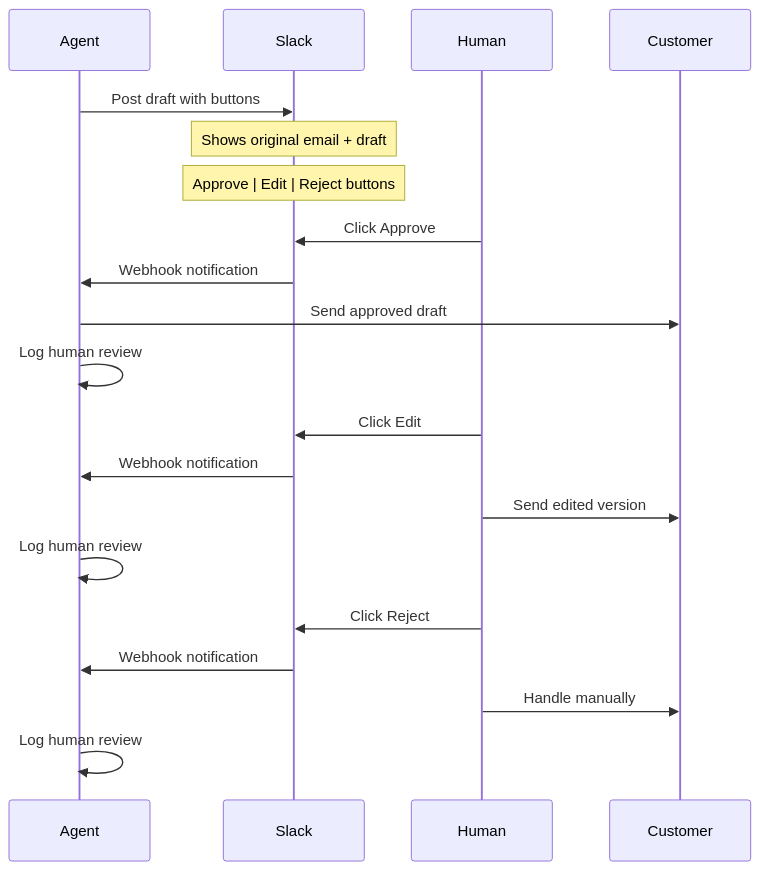
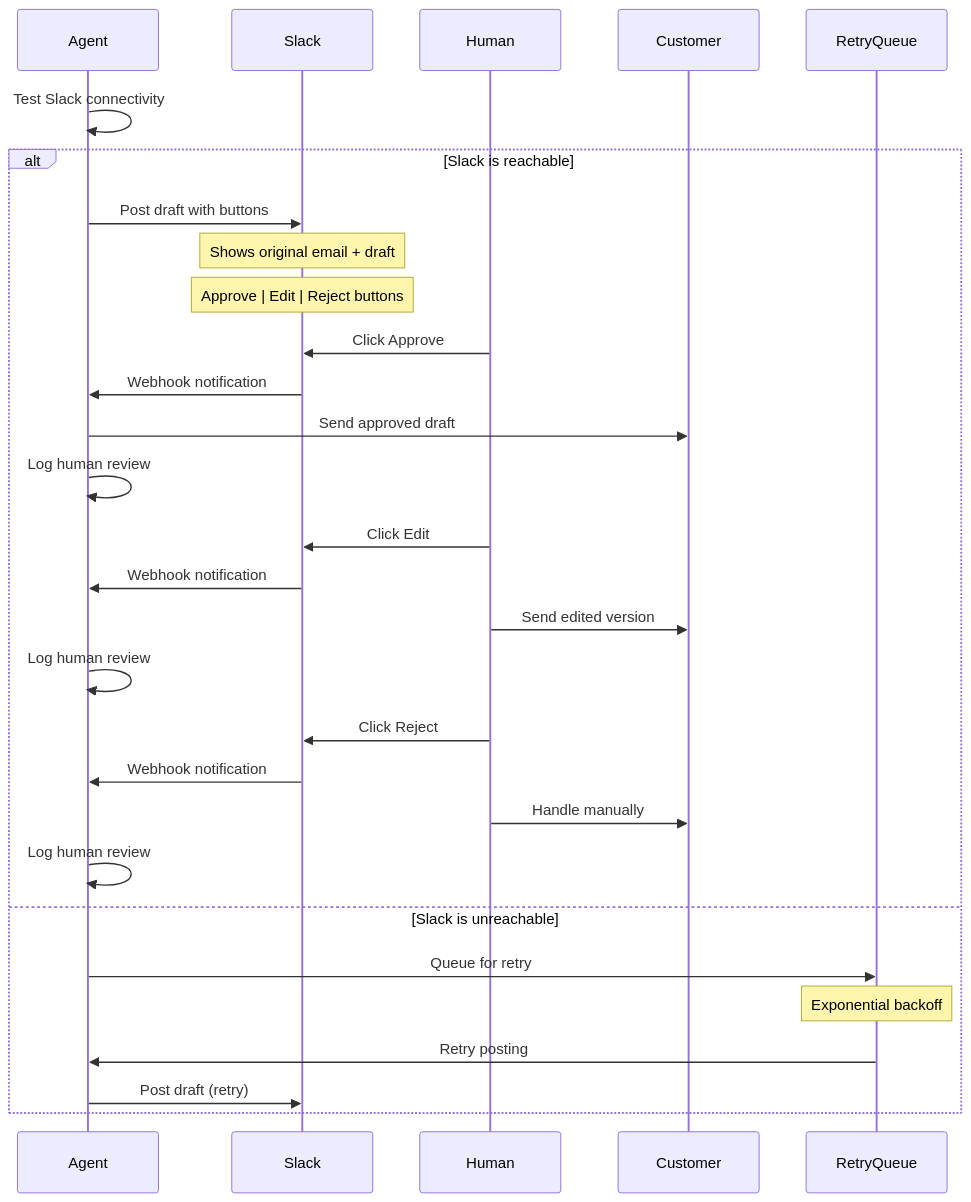
The sixth of 7 diagrams in agent-process-flow.md (duhman/agents), drawn with Mermaid before and after one commit. The commit also changed other lines of this file and 13 other files, not shown here.

Commit message:
feat(slack): enhance Slack integration with connectivity checks, retry logic, and standardized webhook format

````diff
--- a/agent-process-flow.md
+++ b/agent-process-flow.md
@@ -212,26 +217,35 @@
 ```mermaid
 sequenceDiagram
     participant Agent
     participant Slack
     participant Human
     participant Customer
+    participant RetryQueue
     
-    Agent->>Slack: Post draft with buttons
-    Note over Slack: Shows original email + draft
-    Note over Slack: Approve | Edit | Reject buttons
-    
-    Human->>Slack: Click Approve
-    Slack->>Agent: Webhook notification
-    Agent->>Customer: Send approved draft
-    Agent->>Agent: Log human review
-    
-    Human->>Slack: Click Edit
-    Slack->>Agent: Webhook notification
-    Human->>Customer: Send edited version
-    Agent->>Agent: Log human review
-    
-    Human->>Slack: Click Reject
-    Slack->>Agent: Webhook notification
-    Human->>Customer: Handle manually
-    Agent->>Agent: Log human review
+    Agent->>Agent: Test Slack connectivity
+    alt Slack is reachable
+        Agent->>Slack: Post draft with buttons
+        Note over Slack: Shows original email + draft
+        Note over Slack: Approve | Edit | Reject buttons
+        
+        Human->>Slack: Click Approve
+        Slack->>Agent: Webhook notification
+        Agent->>Customer: Send approved draft
+        Agent->>Agent: Log human review
+        
+        Human->>Slack: Click Edit
+        Slack->>Agent: Webhook notification
+        Human->>Customer: Send edited version
+        Agent->>Agent: Log human review
+        
+        Human->>Slack: Click Reject
+        Slack->>Agent: Webhook notification
+        Human->>Customer: Handle manually
+        Agent->>Agent: Log human review
+    else Slack is unreachable
+        Agent->>RetryQueue: Queue for retry
+        Note over RetryQueue: Exponential backoff
+        RetryQueue->>Agent: Retry posting
+        Agent->>Slack: Post draft (retry)
+    end
 ```
````
